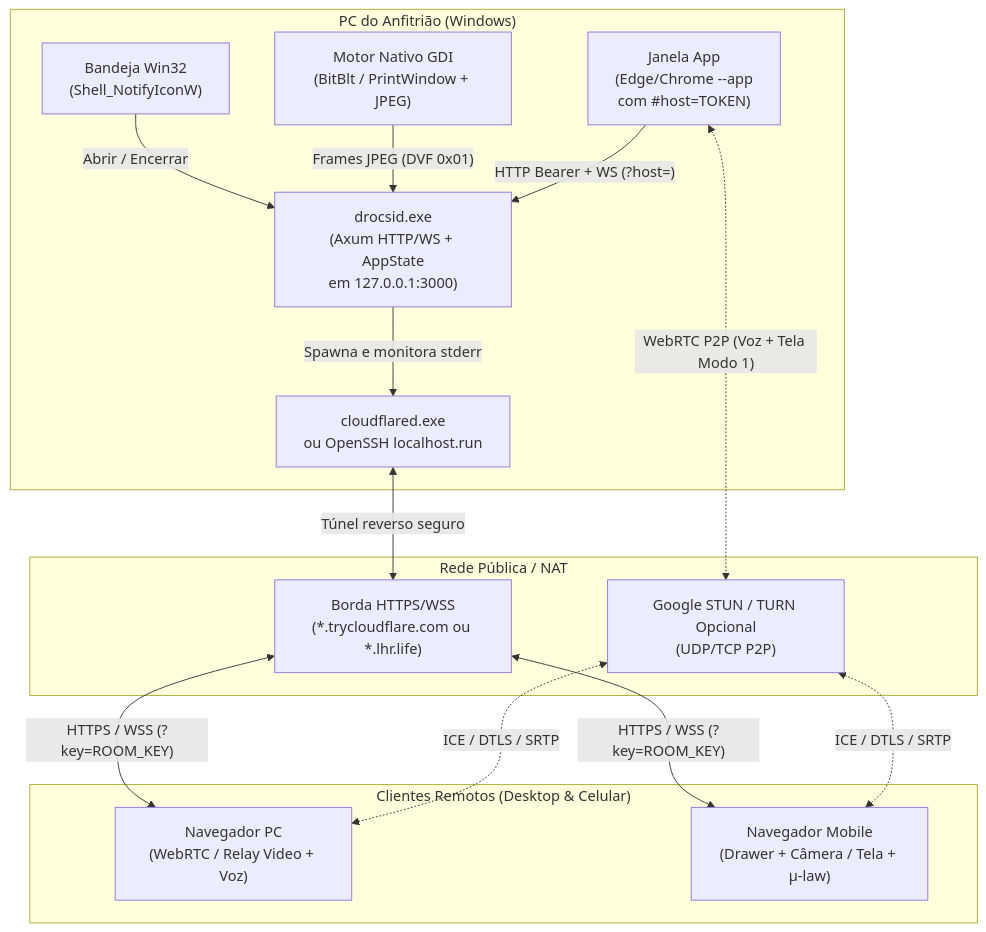
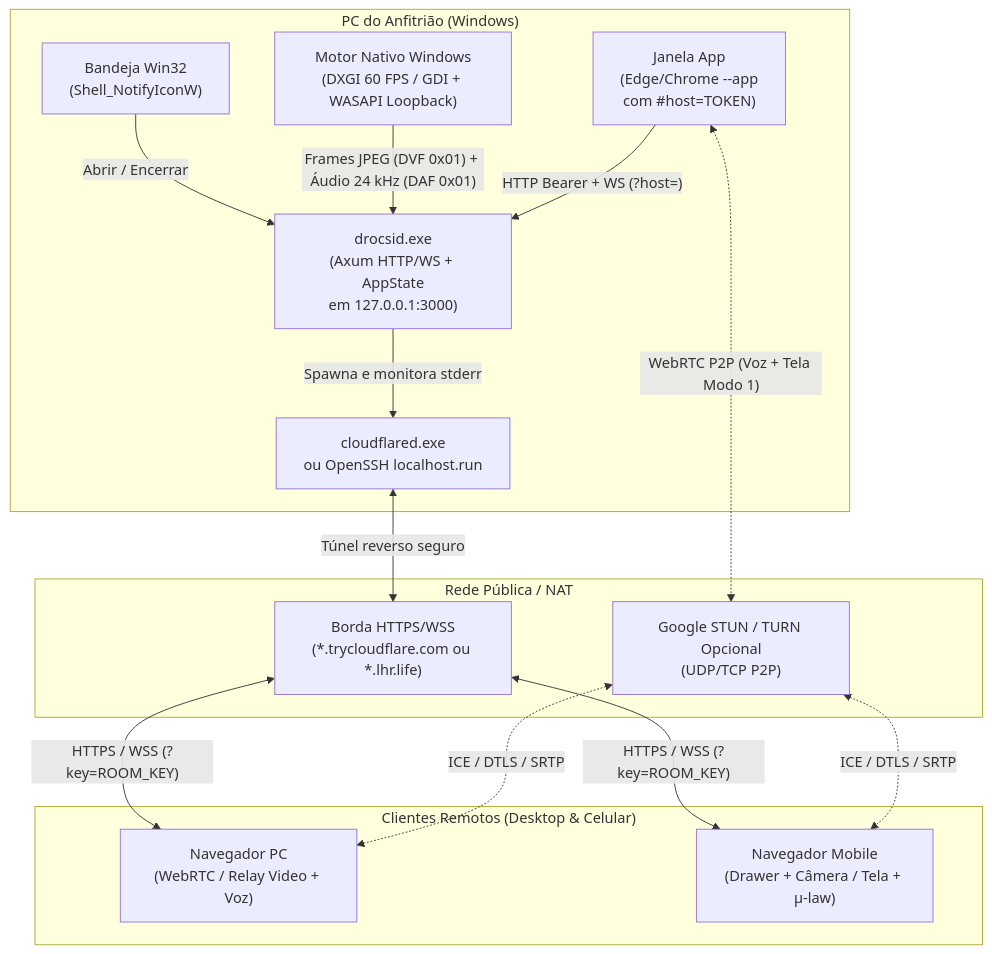
Before and after one commit to thurzyn001/Drocsid: the first of 3 diagrams in ARCHITECTURE.md, drawn with Mermaid. The commit also changed other lines of this file and 44 other files, not shown here.

Commit message:
v0.4.0: implementar as 10 melhorias de UI, áudio/vídeo, captura DXGI/WASAPI e moderação

````diff
--- a/ARCHITECTURE.md
+++ b/ARCHITECTURE.md
@@ -28,31 +28,31 @@
 ```mermaid
 flowchart TD
     subgraph HostPC ["PC do Anfitrião (Windows)"]
         EXE["drocsid.exe\n(Axum HTTP/WS + AppState\nem 127.0.0.1:3000)"]
         TRAY["Bandeja Win32\n(Shell_NotifyIconW)"]
-        GDI["Motor Nativo GDI\n(BitBlt / PrintWindow + JPEG)"]
+        GDI["Motor Nativo Windows\n(DXGI 60 FPS / GDI + WASAPI Loopback)"]
         HOSTUI["Janela App\n(Edge/Chrome --app\ncom #host=TOKEN)"]
         TUNPROC["cloudflared.exe\nou OpenSSH localhost.run"]
     end
 
     subgraph Internet ["Rede Pública / NAT"]
         CF["Borda HTTPS/WSS\n(*.trycloudflare.com ou *.lhr.life)"]
         STUN["Google STUN / TURN Opcional\n(UDP/TCP P2P)"]
     end
 
     subgraph Guests ["Clientes Remotos (Desktop & Celular)"]
         G1["Navegador PC\n(WebRTC / Relay Video + Voz)"]
         G2["Navegador Mobile\n(Drawer + Câmera / Tela + μ-law)"]
     end
 
     TRAY -->|"Abrir / Encerrar"| EXE
-    GDI -->|"Frames JPEG (DVF 0x01)"| EXE
+    GDI -->|"Frames JPEG (DVF 0x01) + Áudio 24 kHz (DAF 0x01)"| EXE
     HOSTUI -->|"HTTP Bearer + WS (?host=)"| EXE
     EXE -->|"Spawna e monitora stderr"| TUNPROC
     TUNPROC <-->|"Túnel reverso seguro"| CF
     CF <-->|"HTTPS / WSS (?key=ROOM_KEY)"| G1
     CF <-->|"HTTPS / WSS (?key=ROOM_KEY)"| G2
     HOSTUI <-.->|"WebRTC P2P (Voz + Tela Modo 1)"| STUN
     STUN <-.->|"ICE / DTLS / SRTP"| G1
     STUN <-.->|"ICE / DTLS / SRTP"| G2
 ```
````
